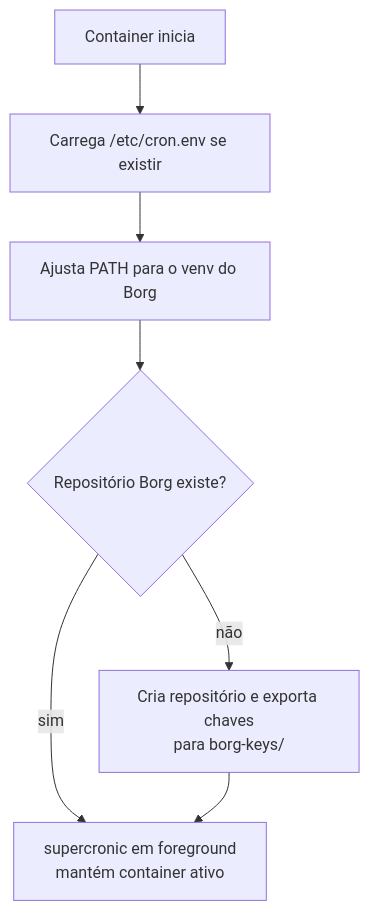
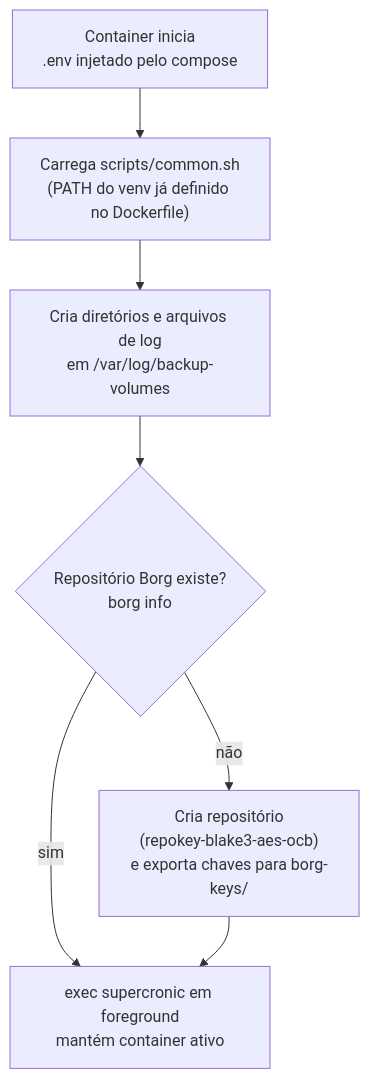
One commit to ofcoliva/backup-volumes changed the second of 2 diagrams in readme.md. Above: the diagram before and after it, drawn with Mermaid. The commit also changed other lines of this file, not shown here.

````diff
--- a/readme.md
+++ b/readme.md
@@ -101,9 +192,22 @@
 ```mermaid
 flowchart TD
-    A[Container inicia] --> B[Carrega /etc/cron.env se existir]
-    B --> C[Ajusta PATH para o venv do Borg]
-    C --> D{Repositório Borg existe?}
-    D -- não --> E[Cria repositório e exporta chaves<br/>para borg-keys/]
-    D -- sim --> F[supercronic em foreground<br/>mantém container ativo]
+    %% ── Estilos de nó ──
+    classDef start fill:#bbdefb,stroke:#1565c0,stroke-width:2px,color:#0d47a1
+    classDef step fill:#ede7f6,stroke:#5e35b1,color:#311b92
+    classDef ask fill:#fff9c4,stroke:#f9a825,color:#5d4037
+    classDef init fill:#ffe0b2,stroke:#ef6c00,color:#e65100
+    classDef run fill:#c8e6c9,stroke:#2e7d32,stroke-width:2px,color:#1b5e20
+
+    class A start
+    class B,C step
+    class D ask
+    class E init
+    class F run
+
+    A["Container inicia<br/>.env injetado pelo compose"] --> B["Carrega scripts/common.sh<br/>(PATH do venv já definido no Dockerfile)"]
+    B --> C["Cria diretórios e arquivos de log<br/>em /var/log/backup-volumes"]
+    C --> D{"Repositório Borg existe?<br/>borg info"}
+    D -- não --> E["Cria repositório<br/>(repokey-blake3-aes-ocb)<br/>e exporta chaves para borg-keys/"]
+    D -- sim --> F["exec supercronic em foreground<br/>mantém container ativo"]
     E --> F
 ```
````
